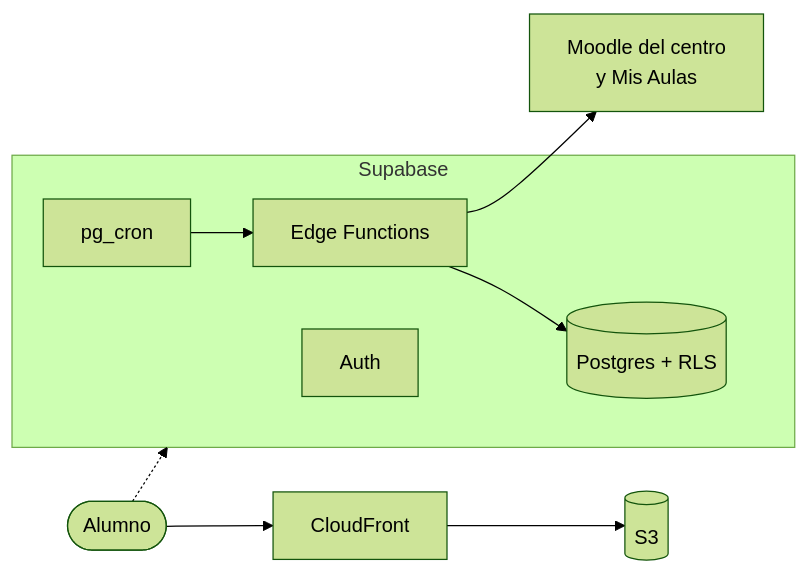
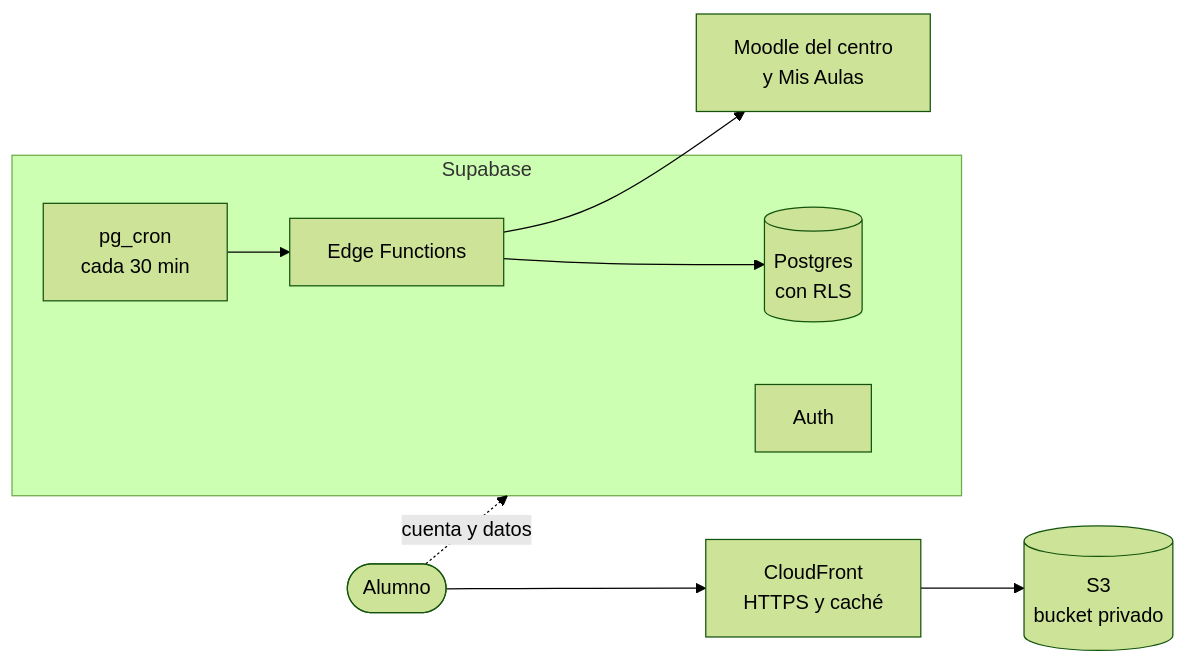
One commit to POWERC0D3/agenda-centralizada changed the diagram in README.md. Above: the diagram before and after it, drawn with Mermaid (forest theme). The commit also changed other lines of this file and 1 other file, not shown here.

````diff
--- a/README.md
+++ b/README.md
@@ -42,10 +66,11 @@
 ```mermaid
 flowchart LR
-    U([Alumno]) --> CF[CloudFront] --> S3[(S3)]
-    U -.-> SB
+    U([Alumno]) --> CF[CloudFront<br/>HTTPS y caché] --> S3[(S3<br/>bucket privado)]
+    U -.->|cuenta y datos| SB
     subgraph SB[Supabase]
-        AUTH[Auth] ~~~ DB[(Postgres + RLS)]
-        CRON[pg_cron] --> EF[Edge Functions] --> DB
+        AUTH[Auth]
+        DB[(Postgres<br/>con RLS)]
+        CRON[pg_cron<br/>cada 30 min] --> EF[Edge Functions] --> DB
     end
     EF --> M[Moodle del centro<br/>y Mis Aulas]
 ```
````
